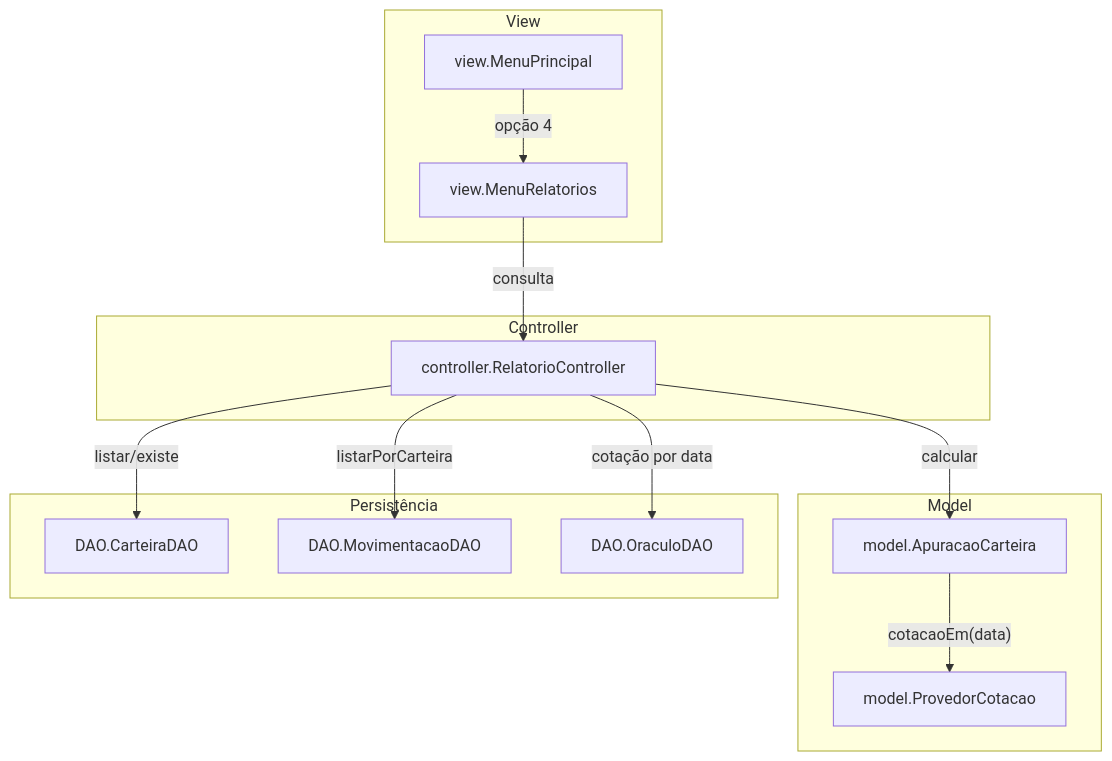
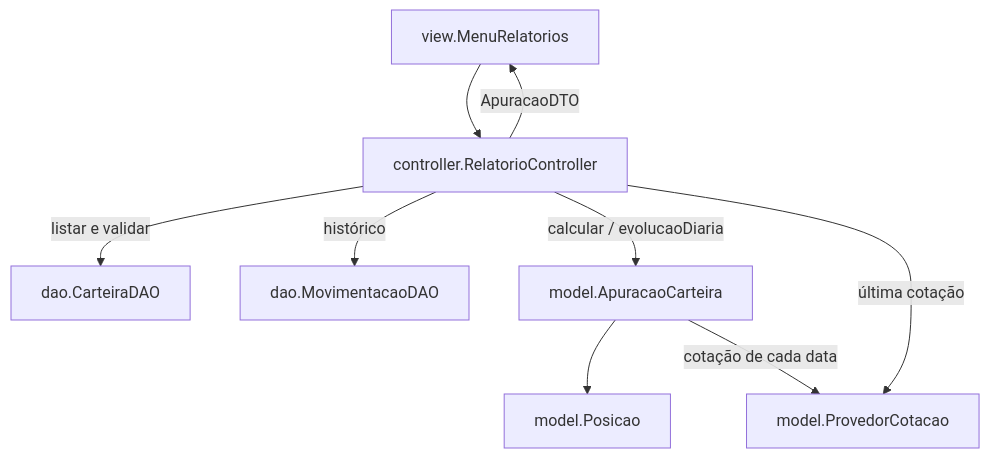
One commit to CassianoBorborema/FT_Coin changed the first of 2 diagrams in docs/fluxo-relatorios.md. Above: the diagram before and after it, drawn with Mermaid. The commit also changed other lines of this file and 107 other files, not shown here.

````diff
--- a/docs/fluxo-relatorios.md
+++ b/docs/fluxo-relatorios.md
@@ -11,30 +13,11 @@
 ```mermaid
 flowchart TB
-    subgraph viewLayer [View]
-        MenuPrincipal["view.MenuPrincipal"]
-        MenuRelatorios["view.MenuRelatorios"]
-    end
-
-    subgraph controllerLayer [Controller]
-        RelatorioController["controller.RelatorioController"]
-    end
-
-    subgraph modelLayer [Model]
-        ApuracaoCarteira["model.ApuracaoCarteira"]
-        ProvedorCotacao["model.ProvedorCotacao"]
-    end
-
-    subgraph persistenceLayer [Persistência]
-        CarteiraDAO["DAO.CarteiraDAO"]
-        MovimentacaoDAO["DAO.MovimentacaoDAO"]
-        OraculoDAO["DAO.OraculoDAO"]
-    end
-
-    MenuPrincipal -->|"opção 4"| MenuRelatorios
-    MenuRelatorios -->|"consulta"| RelatorioController
-    RelatorioController -->|"listar/existe"| CarteiraDAO
-    RelatorioController -->|"listarPorCarteira"| MovimentacaoDAO
-    RelatorioController -->|"cotação por data"| OraculoDAO
-    RelatorioController -->|"calcular"| ApuracaoCarteira
-    ApuracaoCarteira -->|"cotacaoEm(data)"| ProvedorCotacao
+    MenuRelatorios["view.MenuRelatorios"] --> RelatorioController["controller.RelatorioController"]
+    RelatorioController -->|"listar e validar"| CarteiraDAO["dao.CarteiraDAO"]
+    RelatorioController -->|"histórico"| MovimentacaoDAO["dao.MovimentacaoDAO"]
+    RelatorioController -->|"calcular / evolucaoDiaria"| Apuracao["model.ApuracaoCarteira"]
+    RelatorioController -->|"última cotação"| Provedor["model.ProvedorCotacao"]
+    Apuracao --> Posicao["model.Posicao"]
+    Apuracao -->|"cotação de cada data"| Provedor
+    RelatorioController -->|"ApuracaoDTO"| MenuRelatorios
 ```
````
